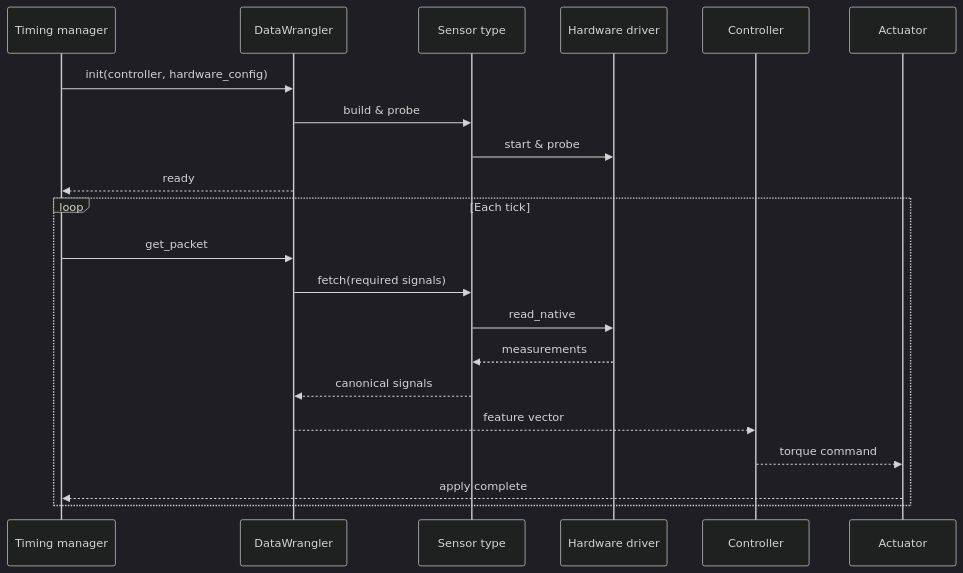
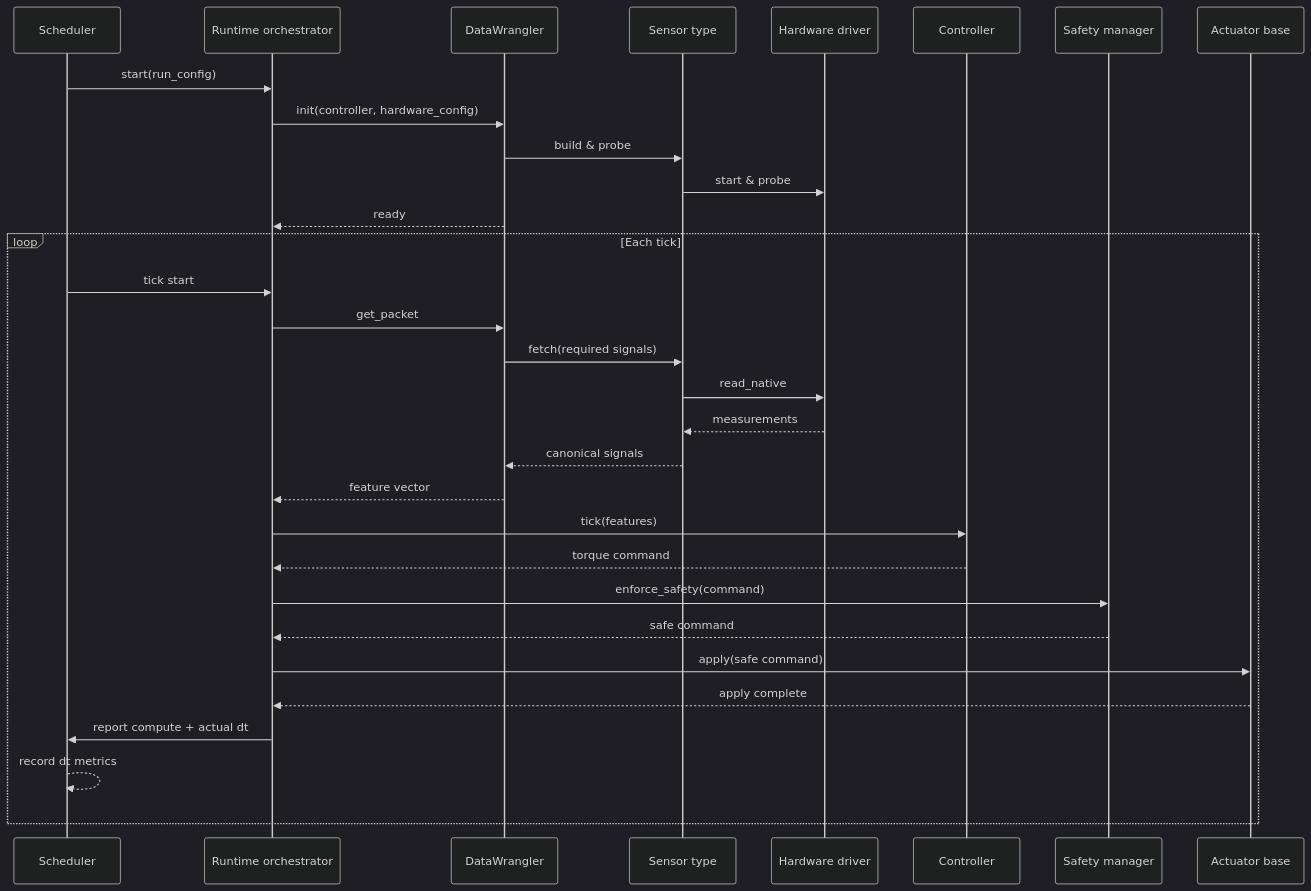
One commit to jmontp/raspberry-pi-controller-runtime changed the fifth of 6 diagrams in docs/architecture.md. Above: the diagram before and after it, drawn with Mermaid (dark theme). The commit also changed other lines of this file and 10 other files, not shown here.

````diff
--- a/docs/architecture.md
+++ b/docs/architecture.md
@@ -187,25 +272,35 @@
 ```mermaid
 sequenceDiagram
-    participant Timing as Timing manager
+    participant Scheduler as Scheduler
+    participant Runtime as Runtime orchestrator
     participant Wrangler as DataWrangler
     participant Sensor as Sensor type
     participant Driver as Hardware driver
     participant Controller as Controller
-    participant Actuator as Actuator
+    participant Safety as Safety manager
+    participant Actuator as Actuator base
 
-    Timing->>Wrangler: init(controller, hardware_config)
+    Scheduler->>Runtime: start(run_config)
+    Runtime->>Wrangler: init(controller, hardware_config)
     Wrangler->>Sensor: build & probe
     Sensor->>Driver: start & probe
-    Wrangler-->>Timing: ready
+    Wrangler-->>Runtime: ready
 
     loop Each tick
-        Timing->>Wrangler: get_packet
+        Scheduler->>Runtime: tick start
+        Runtime->>Wrangler: get_packet
         Wrangler->>Sensor: fetch(required signals)
         Sensor->>Driver: read_native
         Driver-->>Sensor: measurements
         Sensor-->>Wrangler: canonical signals
-        Wrangler-->>Controller: feature vector
-        Controller-->>Actuator: torque command
-        Actuator-->>Timing: apply complete
+        Wrangler-->>Runtime: feature vector
+        Runtime->>Controller: tick(features)
+        Controller-->>Runtime: torque command
+        Runtime->>Safety: enforce_safety(command)
+        Safety-->>Runtime: safe command
+        Runtime->>Actuator: apply(safe command)
+        Actuator-->>Runtime: apply complete
+        Runtime->>Scheduler: report compute + actual dt
+        Scheduler-->>Scheduler: record dt metrics
     end
 ```
````
